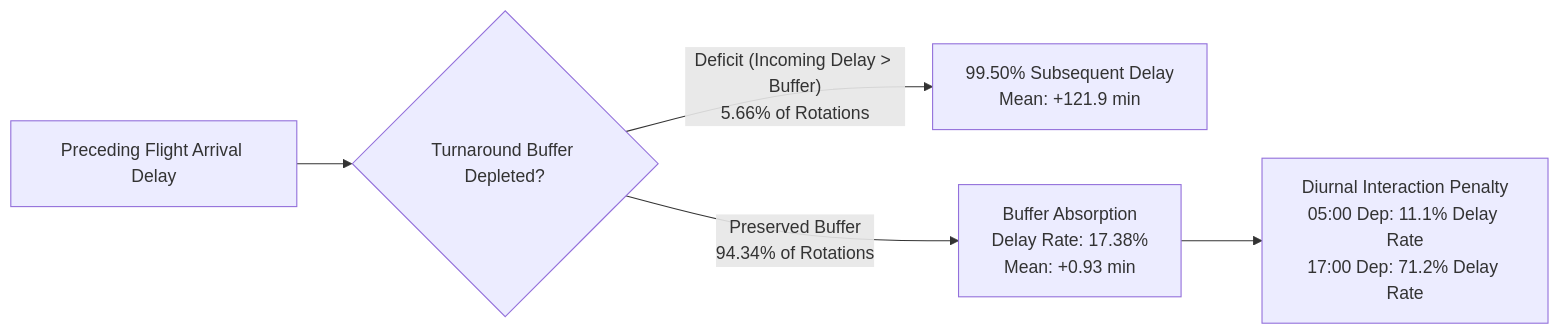
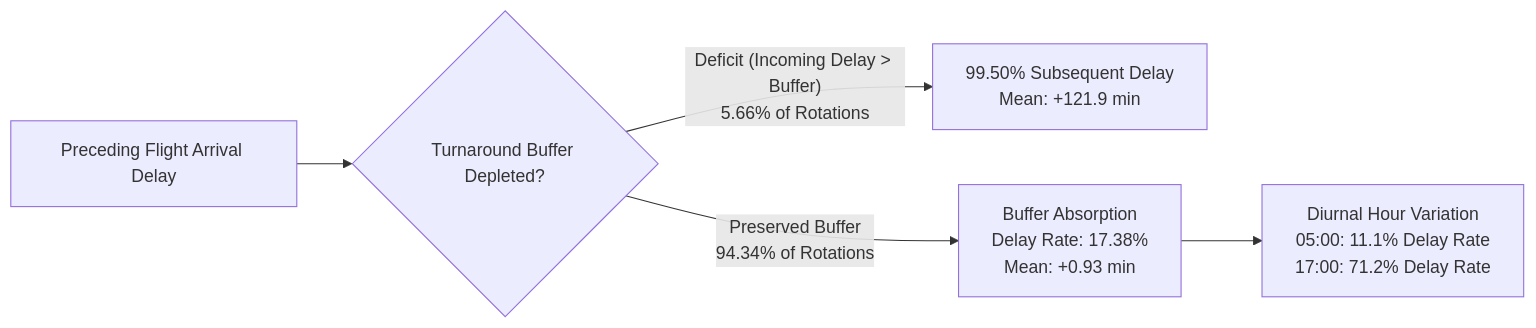
One commit to netxspider/Flight-Delay-Propagation changed the diagram in results/tables/eda_findings.md. Above: the diagram before and after it, drawn with Mermaid. The commit also changed other lines of this file and 18 other files, not shown here.

````diff
--- a/results/tables/eda_findings.md
+++ b/results/tables/eda_findings.md
@@ -18,7 +18,7 @@
 ```mermaid
 flowchart LR
     Prev[Preceding Flight Arrival Delay] --> Buffer{Turnaround Buffer Depleted?}
     Buffer -- "Deficit (Incoming Delay > Buffer)<br>5.66% of Rotations" --> DeficitOutcome["99.50% Subsequent Delay<br>Mean: +121.9 min"]
     Buffer -- "Preserved Buffer<br>94.34% of Rotations" --> Modulated["Buffer Absorption<br>Delay Rate: 17.38%<br>Mean: +0.93 min"]
-    Modulated --> Diurnal["Diurnal Interaction Penalty<br>05:00 Dep: 11.1% Delay Rate<br>17:00 Dep: 71.2% Delay Rate"]
+    Modulated --> Diurnal["Diurnal Hour Variation<br>05:00: 11.1% Delay Rate<br>17:00: 71.2% Delay Rate"]
 ```
````
